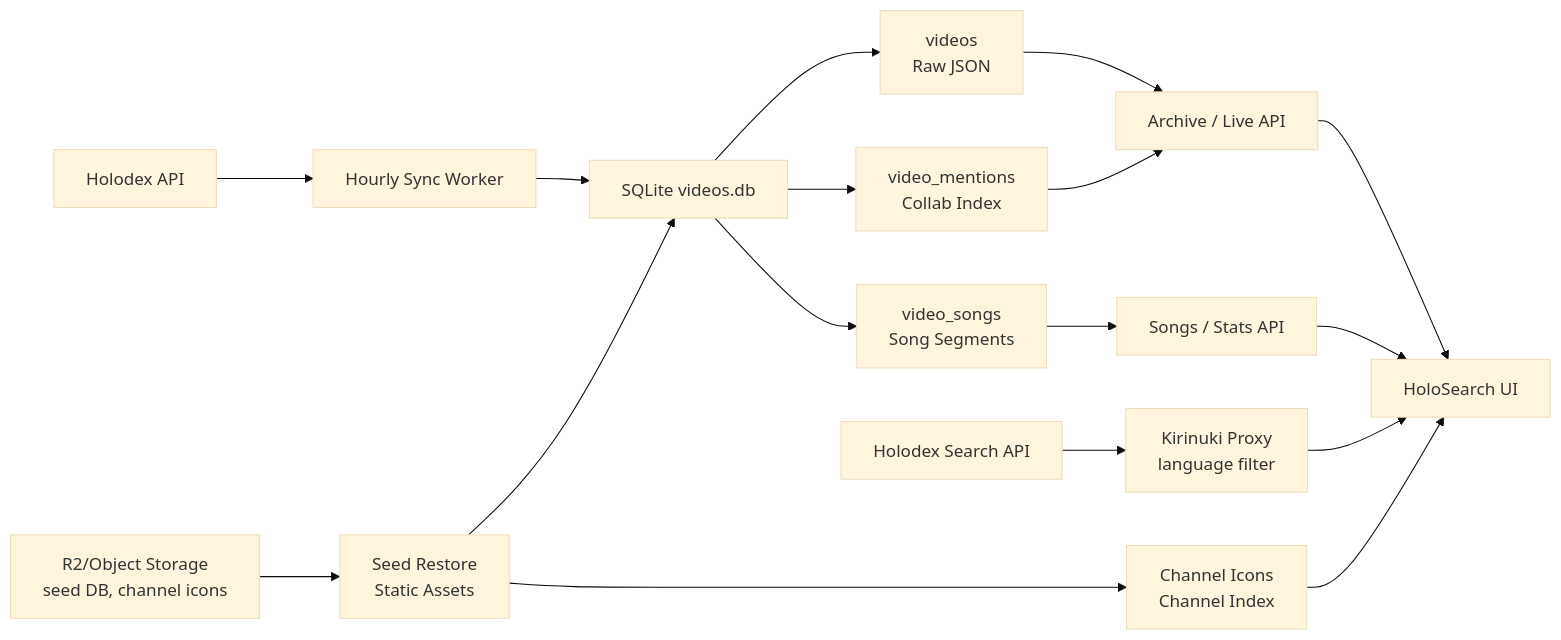
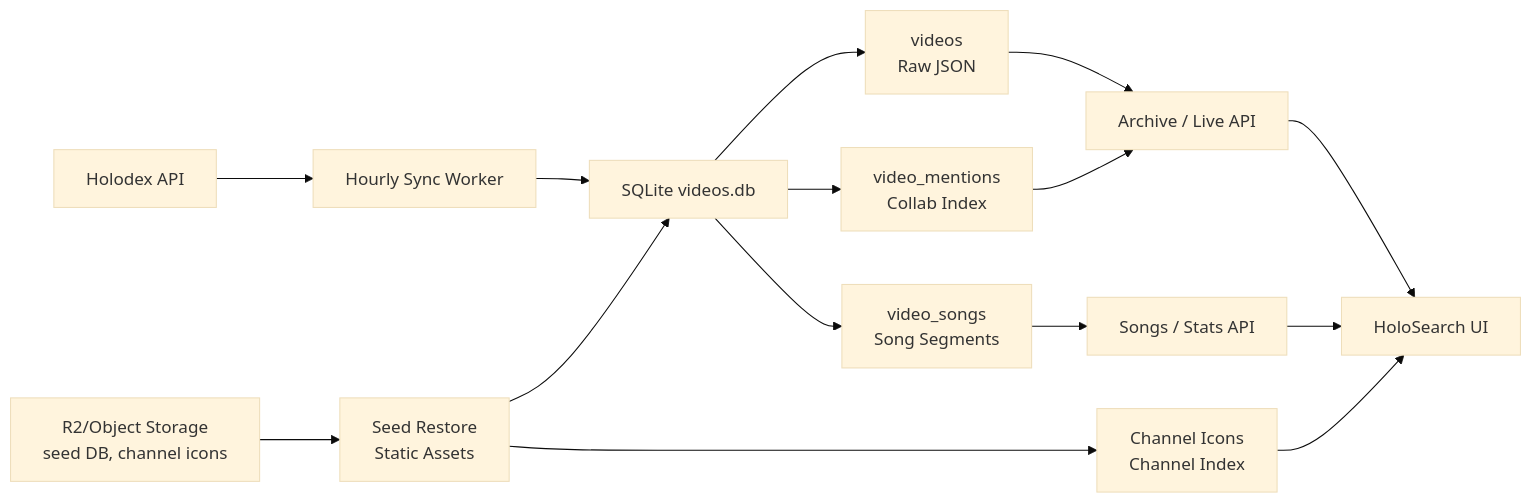
Before and after one commit to Fiamma445/Holodex-Api-Data-Search-Project: the diagram in docs/DATA_PROCESSING_PIPELINE.md, drawn with Mermaid (base theme). The commit also changed other lines of this file and 7 other files, not shown here.

````diff
--- a/docs/DATA_PROCESSING_PIPELINE.md
+++ b/docs/DATA_PROCESSING_PIPELINE.md
@@ -17,19 +17,17 @@
 ```mermaid
 flowchart LR
     A["Holodex API"] --> B["Hourly Sync Worker"]
     R["R2/Object Storage<br/>seed DB, channel icons"] --> C["Seed Restore<br/>Static Assets"]
     B --> D["SQLite videos.db"]
     C --> D
     C --> I["Channel Icons<br/>Channel Index"]
     D --> E["videos<br/>Raw JSON"]
     D --> F["video_mentions<br/>Collab Index"]
     D --> G["video_songs<br/>Song Segments"]
     E --> H["Archive / Live API"]
     F --> H
     G --> J["Songs / Stats API"]
-    K["Holodex Search API"] --> L["Kirinuki Proxy<br/>language filter"]
     H --> U["HoloSearch UI"]
     I --> U
     J --> U
-    L --> U
 ```
````
